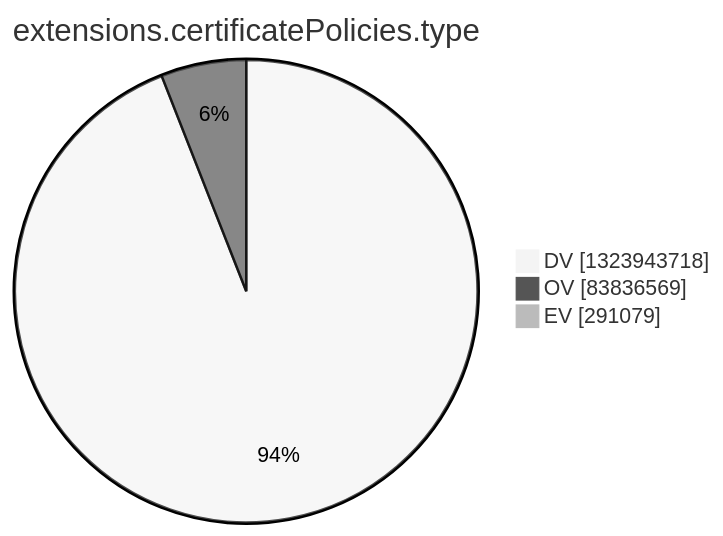
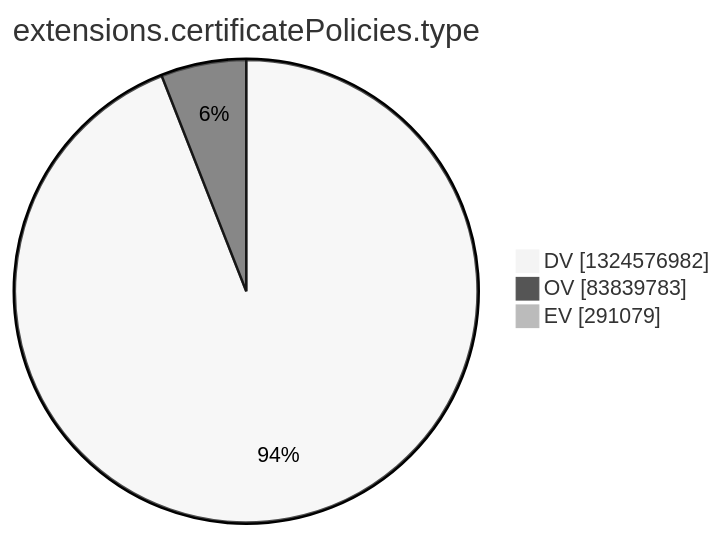
The tenth of 15 diagrams in argon2022/README.md (christiankrug/ctmonitor_visualization), drawn with Mermaid (neutral theme) before and after one commit. The commit also changed other lines of this file, not shown here.

````diff
--- a/argon2022/README.md
+++ b/argon2022/README.md
@@ -2772,7 +2772,7 @@
 ```mermaid
 pie showData
 title extensions.certificatePolicies.type
-"DV" :1323943718
-"OV" :83836569
+"DV" :1324576982
+"OV" :83839783
 "EV" :291079
 ```
````
